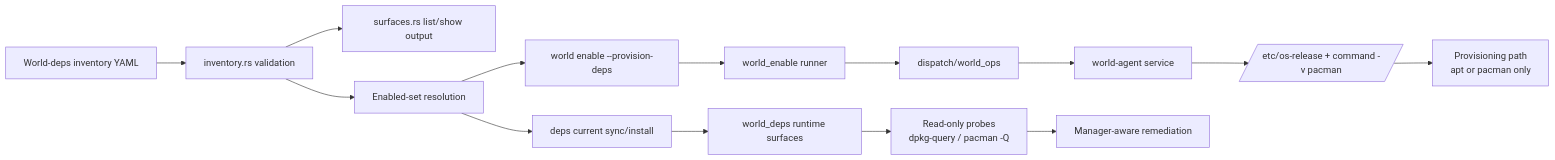
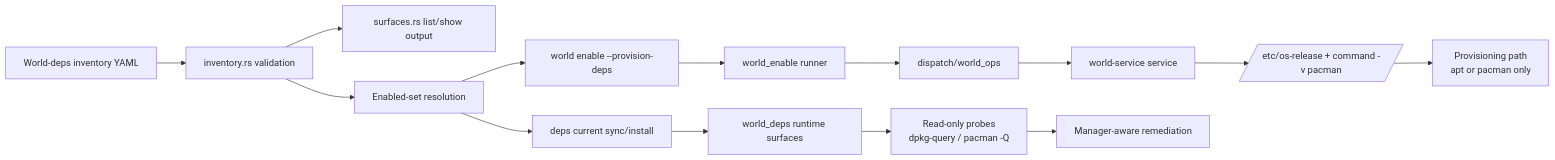
One commit to atomize-hq/substrate changed the second of 4 diagrams in docs/project_management/packs/implemented/add-non-apt-system-package-provisioning-support-fse/review_surfaces.md. Above: the diagram before and after it, drawn with Mermaid. The commit also changed other lines of this file and 590 other files, not shown here.

````diff
--- a/docs/project_management/packs/implemented/add-non-apt-system-package-provisioning-support-fse/review_surfaces.md
+++ b/docs/project_management/packs/implemented/add-non-apt-system-package-provisioning-support-fse/review_surfaces.md
@@ -32,18 +32,18 @@
 ```mermaid
 flowchart LR
   INV[World-deps inventory YAML] --> PARSE[inventory.rs validation]
   PARSE --> VIEW[surfaces.rs list/show output]
   PARSE --> ENABLED[Enabled-set resolution]
 
   ENABLED --> CLI1[world enable --provision-deps]
   CLI1 --> RUNNER[world_enable runner]
   RUNNER --> DISPATCH[dispatch/world_ops]
-  DISPATCH --> AGENT[world-agent service]
+  DISPATCH --> AGENT[world-service service]
   AGENT --> PROBE[/etc/os-release + command -v pacman/]
   PROBE --> EXEC[Provisioning path<br/>apt or pacman only]
 
   ENABLED --> CLI2[deps current sync/install]
   CLI2 --> RUNTIME[world_deps runtime surfaces]
   RUNTIME --> CHECKS[Read-only probes<br/>dpkg-query / pacman -Q]
   CHECKS --> REMEDY[Manager-aware remediation]
 ```
````
